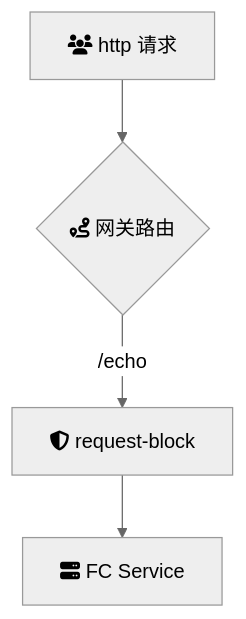
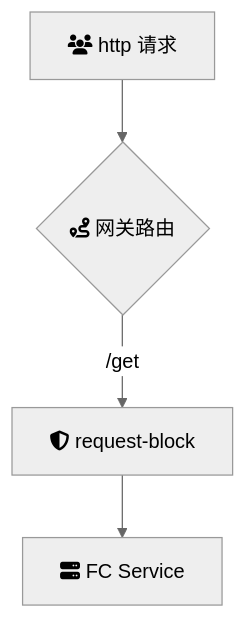
One commit to msa-group/start-apig changed the diagram in request-block-plugin/README.md. Above: the diagram before and after it, drawn with Mermaid (neutral theme). The commit also changed other lines of this file and 2 other files, not shown here.

Commit message:
feat: add request-block-plugin

````diff
--- a/request-block-plugin/README.md
+++ b/request-block-plugin/README.md
@@ -25,6 +29,6 @@
 ```mermaid
 flowchart TB
 A[fa:fa-users http 请求] --> B{fa:fa-route 网关路由}
-	B -->|/echo| P1[fa:fa-shield-alt request-block]
+	B -->|/get| P1[fa:fa-shield-alt request-block]
 	P1 --> Backend[fa:fa-server FC Service]
 ```
````
